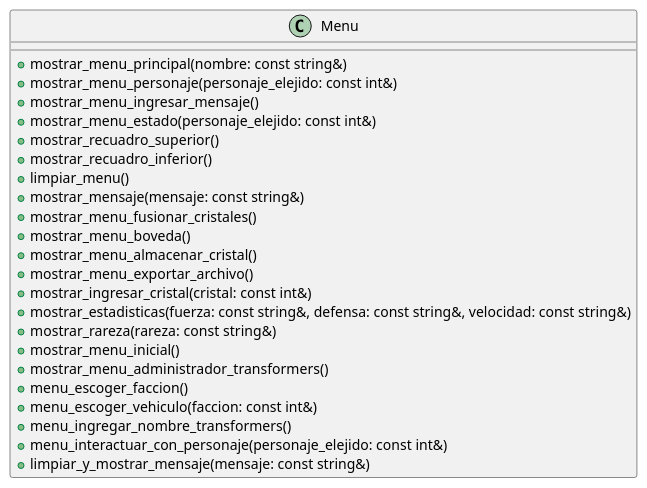
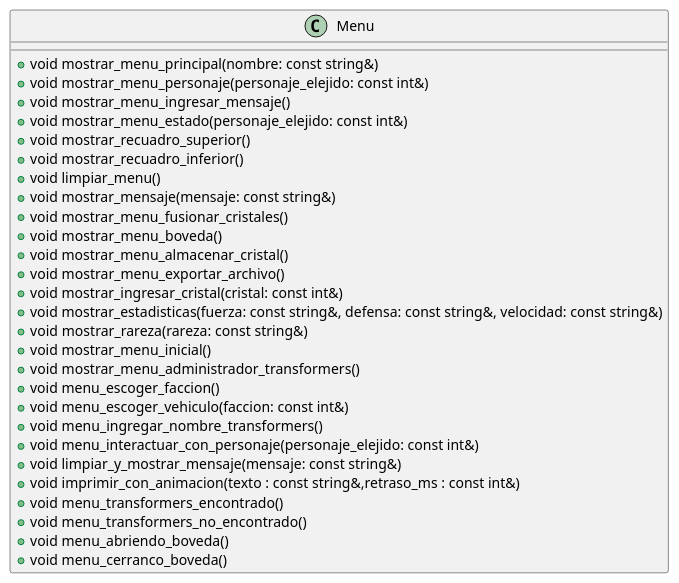
The diagram in Diagramas-UML/Menu.puml (guillsil/Transformers-Game), drawn with PlantUML before and after one commit. The commit also changed 2 other files, not shown here.

Commit message:
adds : agregue los nuevos metodos al UML  de Menu

```diff
--- a/Diagramas-UML/Menu.puml
+++ b/Diagramas-UML/Menu.puml
@@ -1,29 +1,34 @@
 @startuml
 'https://plantuml.com/class-diagram
 
 class Menu {
-    + mostrar_menu_principal(nombre: const string&)
-    + mostrar_menu_personaje(personaje_elejido: const int&)
-    + mostrar_menu_ingresar_mensaje()
-    + mostrar_menu_estado(personaje_elejido: const int&)
-    + mostrar_recuadro_superior()
-    + mostrar_recuadro_inferior()
-    + limpiar_menu()
-    + mostrar_mensaje(mensaje: const string&)
-    + mostrar_menu_fusionar_cristales()
-    + mostrar_menu_boveda()
-    + mostrar_menu_almacenar_cristal()
-    + mostrar_menu_exportar_archivo()
-    + mostrar_ingresar_cristal(cristal: const int&)
-    + mostrar_estadisticas(fuerza: const string&, defensa: const string&, velocidad: const string&)
-    + mostrar_rareza(rareza: const string&)
-    + mostrar_menu_inicial()
-    + mostrar_menu_administrador_transformers()
-    + menu_escoger_faccion()
-    + menu_escoger_vehiculo(faccion: const int&)
-    + menu_ingregar_nombre_transformers()
-    + menu_interactuar_con_personaje(personaje_elejido: const int&)
-    + limpiar_y_mostrar_mensaje(mensaje: const string&)
+    + void mostrar_menu_principal(nombre: const string&)
+    + void mostrar_menu_personaje(personaje_elejido: const int&)
+    + void mostrar_menu_ingresar_mensaje()
+    + void mostrar_menu_estado(personaje_elejido: const int&)
+    + void mostrar_recuadro_superior()
+    + void mostrar_recuadro_inferior()
+    + void limpiar_menu()
+    + void mostrar_mensaje(mensaje: const string&)
+    + void mostrar_menu_fusionar_cristales()
+    + void mostrar_menu_boveda()
+    + void mostrar_menu_almacenar_cristal()
+    + void mostrar_menu_exportar_archivo()
+    + void mostrar_ingresar_cristal(cristal: const int&)
+    + void mostrar_estadisticas(fuerza: const string&, defensa: const string&, velocidad: const string&)
+    + void mostrar_rareza(rareza: const string&)
+    + void mostrar_menu_inicial()
+    + void mostrar_menu_administrador_transformers()
+    + void menu_escoger_faccion()
+    + void menu_escoger_vehiculo(faccion: const int&)
+    + void menu_ingregar_nombre_transformers()
+    + void menu_interactuar_con_personaje(personaje_elejido: const int&)
+    + void limpiar_y_mostrar_mensaje(mensaje: const string&)
+    + void imprimir_con_animacion(texto : const string&,retraso_ms : const int&)
+    + void menu_transformers_encontrado()
+    + void menu_transformers_no_encontrado()
+    + void menu_abriendo_boveda()
+    + void menu_cerranco_boveda()
 }
 
 @enduml
```
